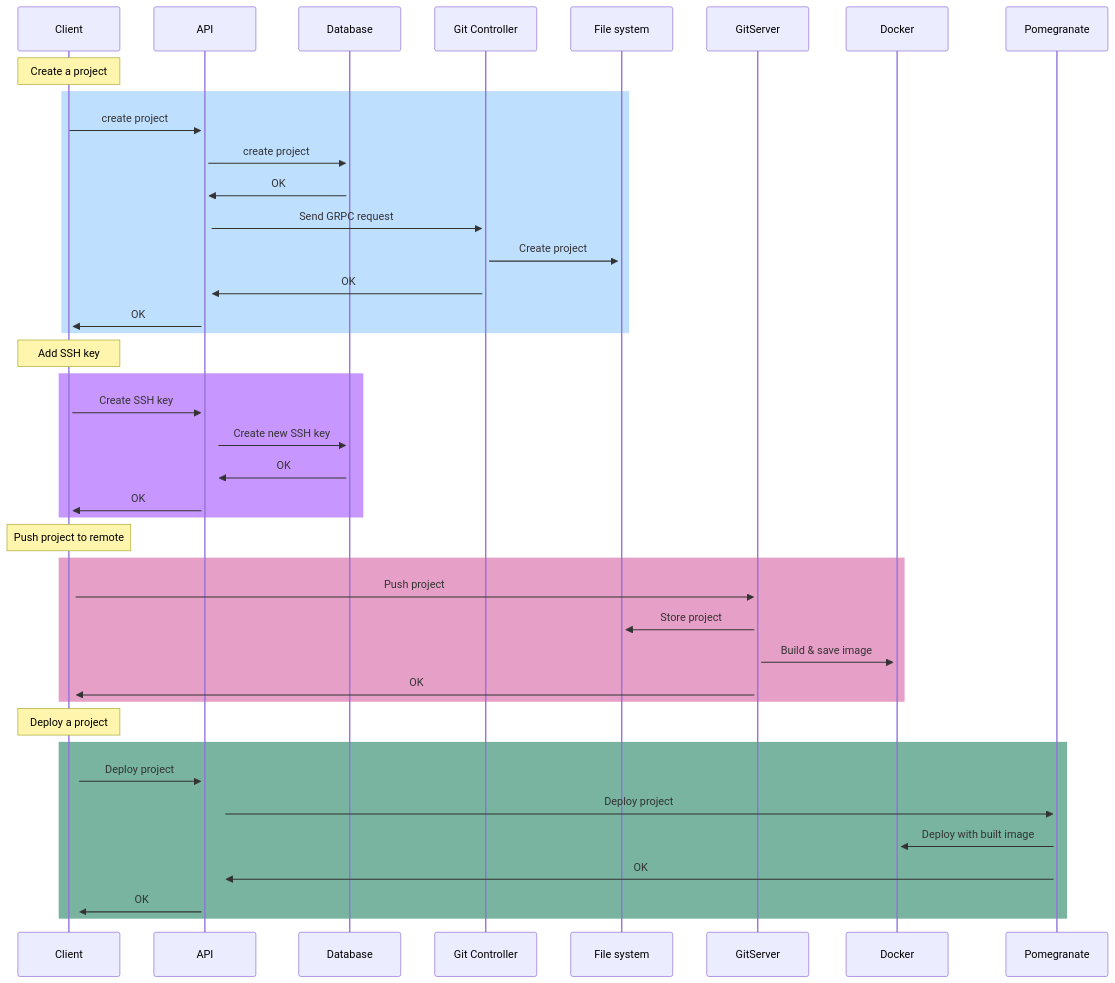
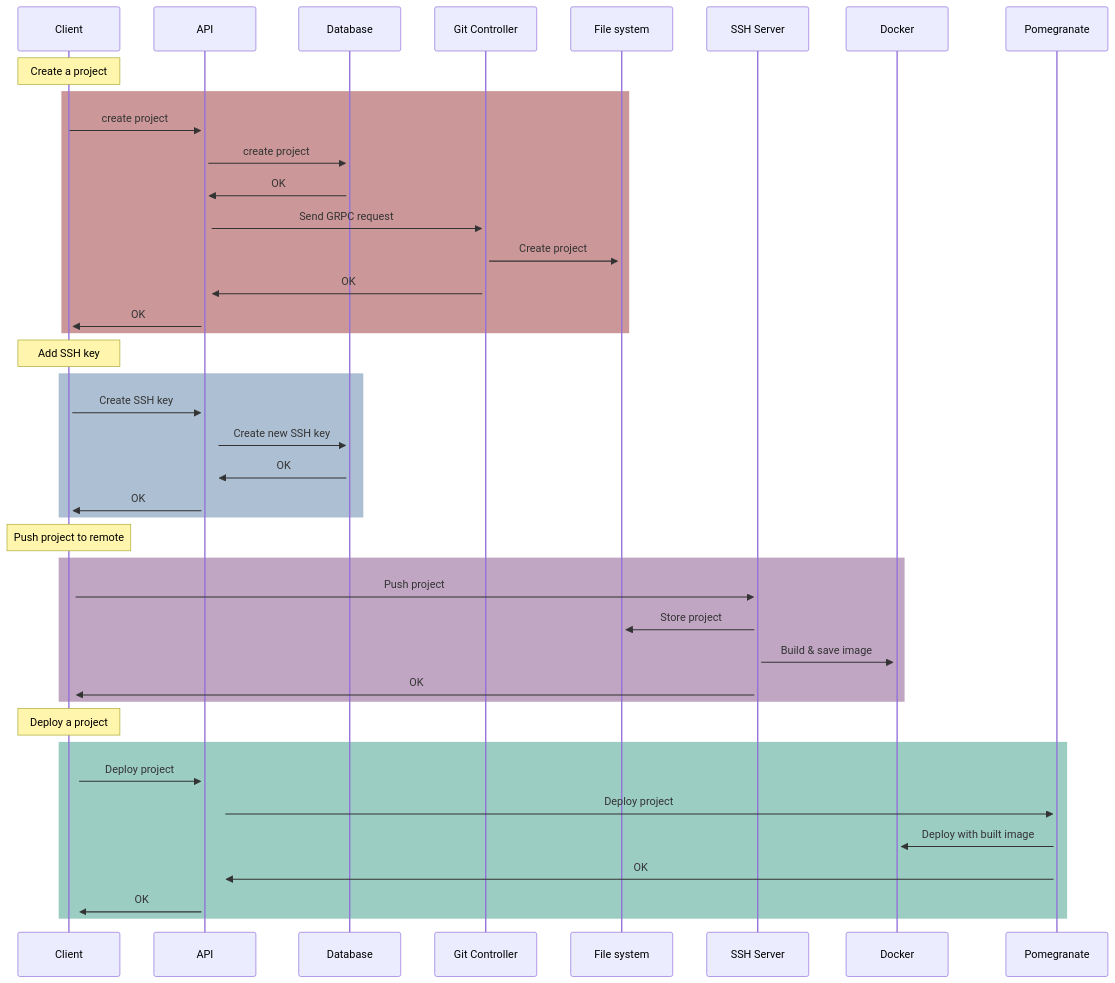
The second of 6 diagrams in Architecture.md (paastech-cloud/docs), drawn with Mermaid before and after one commit.

````diff
--- a/Architecture.md
+++ b/Architecture.md
@@ -130,35 +130,35 @@
 ```mermaid
 sequenceDiagram
     note over Client: Create a project
-    rect rgb(191, 223, 255)
+    rect rgba(181, 107, 110, 0.7)
     Client->>+API: create project
     API->>+Database: create project
     Database->>+API: OK
     API->>+Git Controller: Send GRPC request
     Git Controller->>+File system: Create project
     Git Controller->>+API: OK
     API->>+Client: OK
     end
     note over Client: Add SSH key
-    rect rgb(200, 150, 255)
+    rect rgba(139, 164, 193, 0.7)
     Client->>+API: Create SSH key
     API->>+Database: Create new SSH key
     Database->>+API: OK
     API->>+Client: OK
     end
     note over Client: Push project to remote
-    rect rgb(230, 160, 200)
-    Client->>+GitServer: Push project
-    GitServer->>+File system: Store project
-    GitServer->>+Docker: Build & save image
-    GitServer->>+ Client: OK
+    rect rgba(167, 129, 171, 0.7)
+    Client->>+SSH Server: Push project
+    SSH Server->>+File system: Store project
+    SSH Server->>+Docker: Build & save image
+    SSH Server->>+ Client: OK
     end
     note over Client: Deploy a project
-    rect rgb(120, 180, 160)
+    rect rgba(115, 184, 170, 0.7)
     Client->>+API: Deploy project
     API->>+Pomegranate: Deploy project
     Pomegranate->>+Docker: Deploy with built image
     Pomegranate->>+API: OK
     API->>+Client: OK
     end
 ```
````
